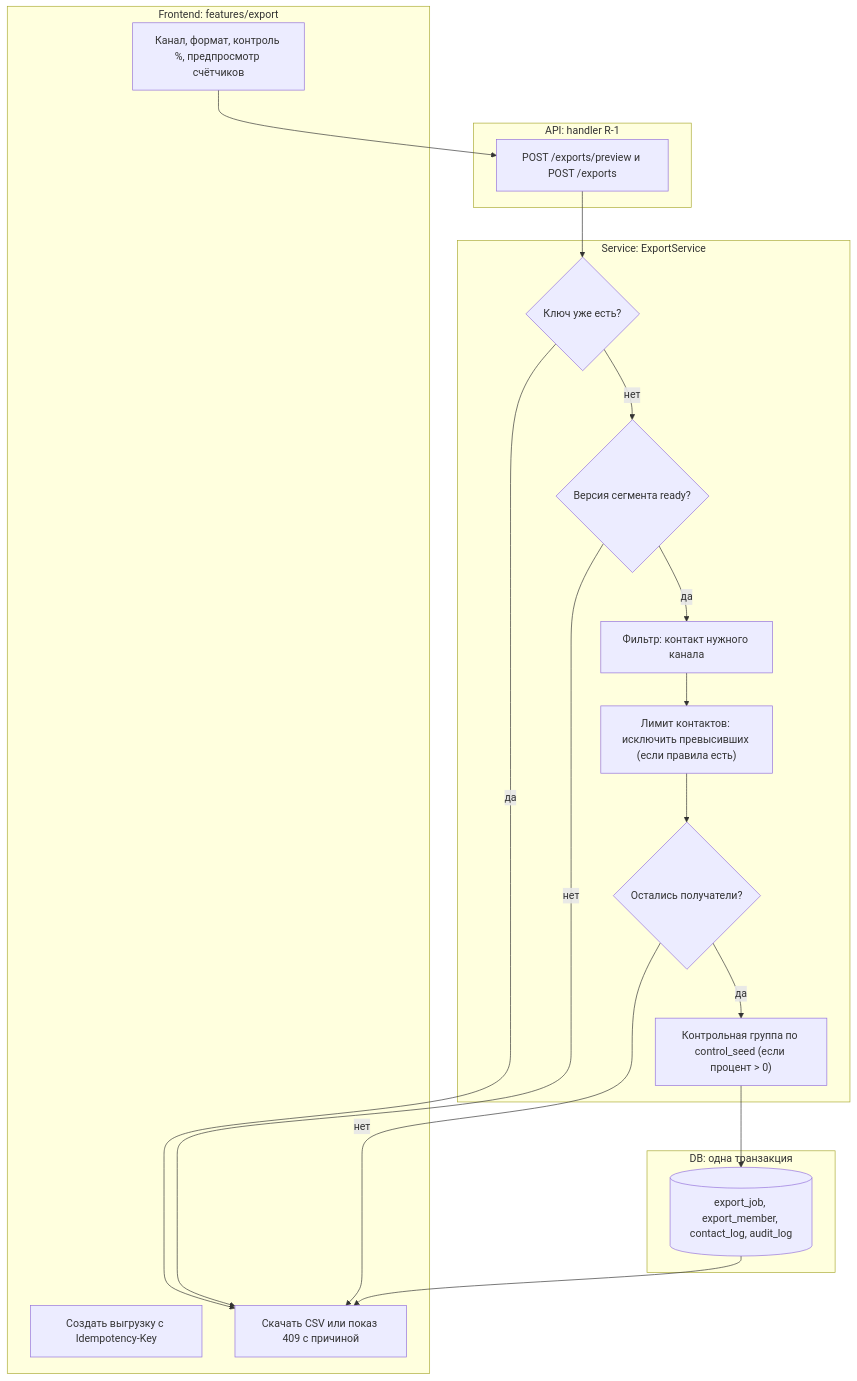
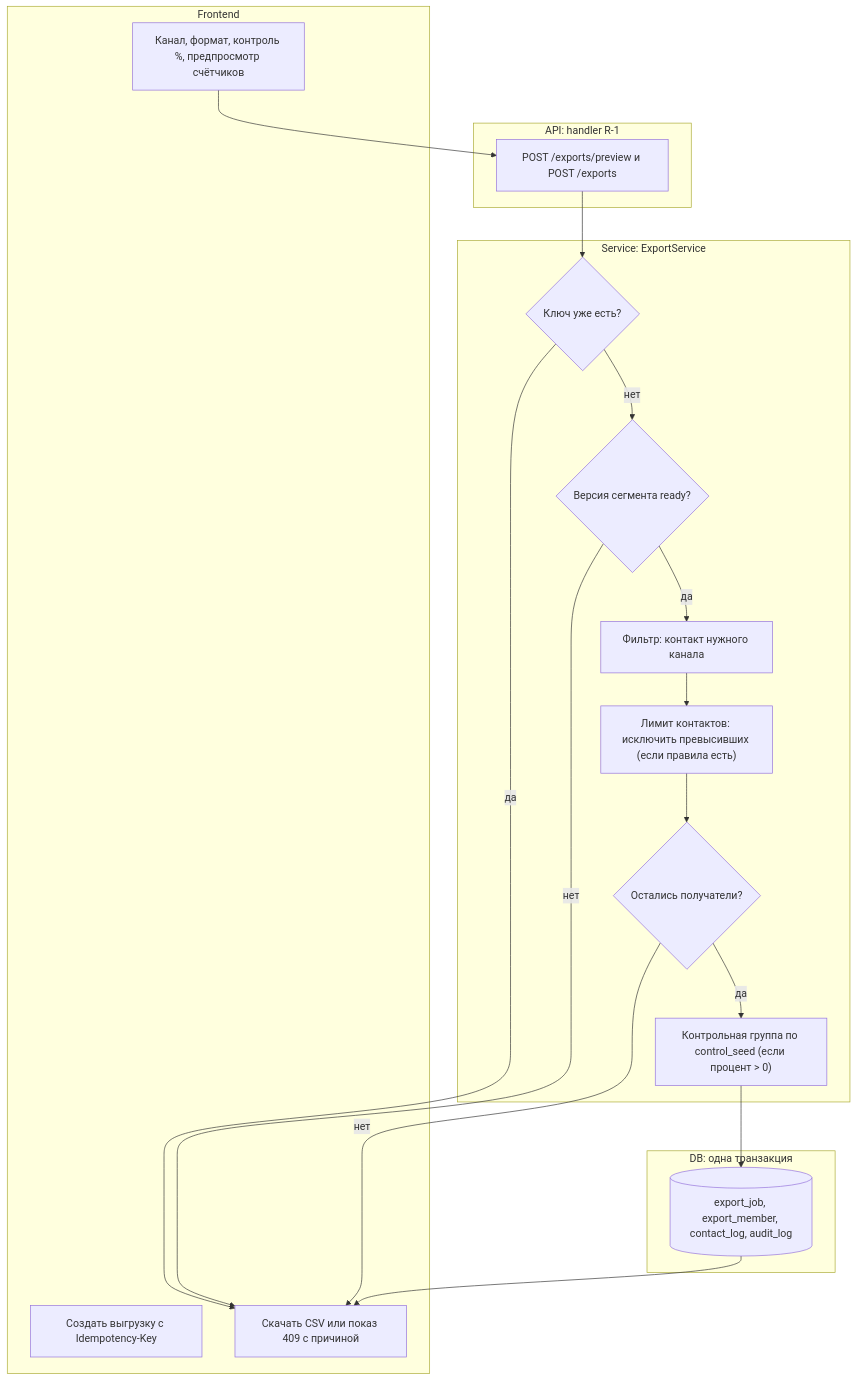
One commit to MangriMen/UCRP changed the sixth of 6 diagrams in docs/design/08-activity-diagrams.md. Above: the diagram before and after it, drawn with Mermaid. The commit also changed other lines of this file and 10 other files, not shown here.

````diff
--- a/docs/design/08-activity-diagrams.md
+++ b/docs/design/08-activity-diagrams.md
@@ -175,29 +175,29 @@
 ```mermaid
 flowchart TB
-  subgraph FE["Frontend: features/export"]
+  subgraph FE["Frontend"]
     F1["Канал, формат, контроль %, предпросмотр счётчиков"]
     F2["Создать выгрузку с Idempotency-Key"]
     F3["Скачать CSV или показ 409 с причиной"]
   end
   subgraph API["API: handler R-1"]
     A1["POST /exports/preview и POST /exports"]
   end
   subgraph SVC["Service: ExportService"]
     S1{"Ключ уже есть?"}
     S2{"Версия сегмента ready?"}
     S3["Фильтр: контакт нужного канала"]
     S4["Лимит контактов: исключить превысивших (если правила есть)"]
     S5{"Остались получатели?"}
     S6["Контрольная группа по control_seed (если процент > 0)"]
   end
   subgraph DB["DB: одна транзакция"]
     D1[("export_job, export_member, contact_log, audit_log")]
   end
   F1 --> A1 --> S1
   S1 -- да --> F3
   S1 -- нет --> S2
   S2 -- нет --> F3
   S2 -- да --> S3 --> S4 --> S5
   S5 -- нет --> F3
   S5 -- да --> S6 --> D1 --> F3
 ```
````
